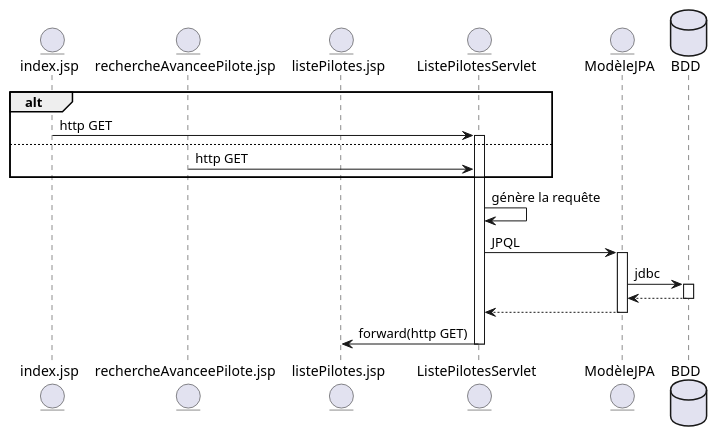
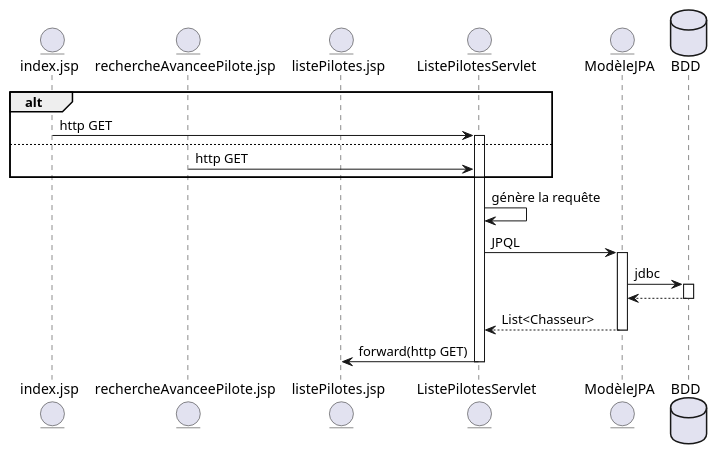
Before and after one commit to roquesfr/Star-Wars: the diagram in Diagrammes/listePilotes.plantuml, drawn with PlantUML. The commit also changed 5 other files, not shown here.

Commit message:
diagrammes de séquence cloture mission, liste chasseurs & valider formation

```diff
--- a/Diagrammes/listePilotes.plantuml
+++ b/Diagrammes/listePilotes.plantuml
@@ -1,25 +1,25 @@
 @startuml Liste Pilotes
 entity index.jsp
 entity rechercheAvanceePilote.jsp
 entity listePilotes.jsp
 entity ListePilotesServlet as LPS
 entity ModèleJPA
 database BDD
 alt
   index.jsp -> LPS: http GET
   activate LPS
 else
   rechercheAvanceePilote.jsp -> LPS: http GET
 end
 LPS -> LPS: génère la requête
 LPS -> ModèleJPA: JPQL
 activate ModèleJPA
 ModèleJPA -> BDD: jdbc
 activate BDD
 BDD --> ModèleJPA
 deactivate BDD
-ModèleJPA --> LPS
+ModèleJPA --> LPS: List<Chasseur>
 deactivate ModèleJPA
 LPS -> listePilotes.jsp: forward(http GET)
 deactivate LPS
 @enduml
```
